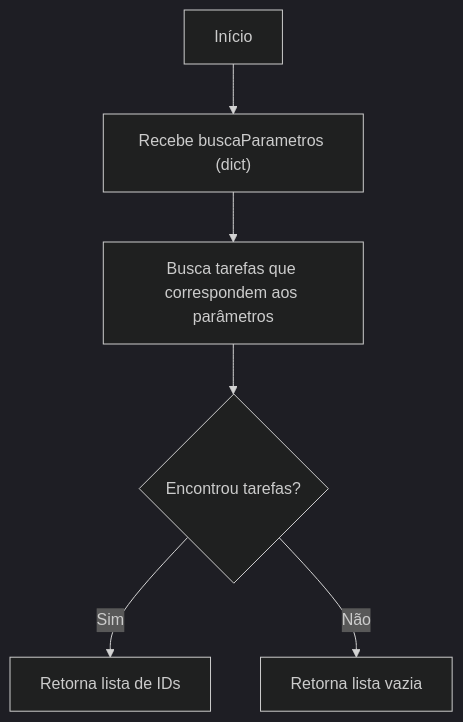
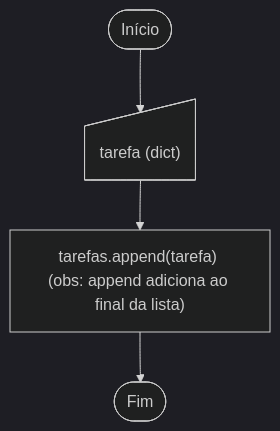
One commit to kf-martins-uel/algoritmos-crud changed the second of 7 diagrams in Fluxograms/README.md. Above: the diagram before and after it, drawn with Mermaid (dark theme). The commit also changed other lines of this file and 1 other file, not shown here.

````diff
--- a/Fluxograms/README.md
+++ b/Fluxograms/README.md
@@ -18,8 +16,6 @@
 ```mermaid
 flowchart TD
-    A[Início] --> B["Recebe buscaParametros (dict)"]
-    B --> C[Busca tarefas que correspondem aos parâmetros]
-    C --> D{Encontrou tarefas?}
-    D -- Sim --> E[Retorna lista de IDs]
-    D -- Não --> F[Retorna lista vazia]
+    A(["Início"]) --> Input@{shape: manual-input, label: "tarefa (dict)"}
+    Input --> B["tarefas.append(tarefa) (obs: append adiciona ao final da lista)"]
+    B --> C(["Fim"])
 ```
````
